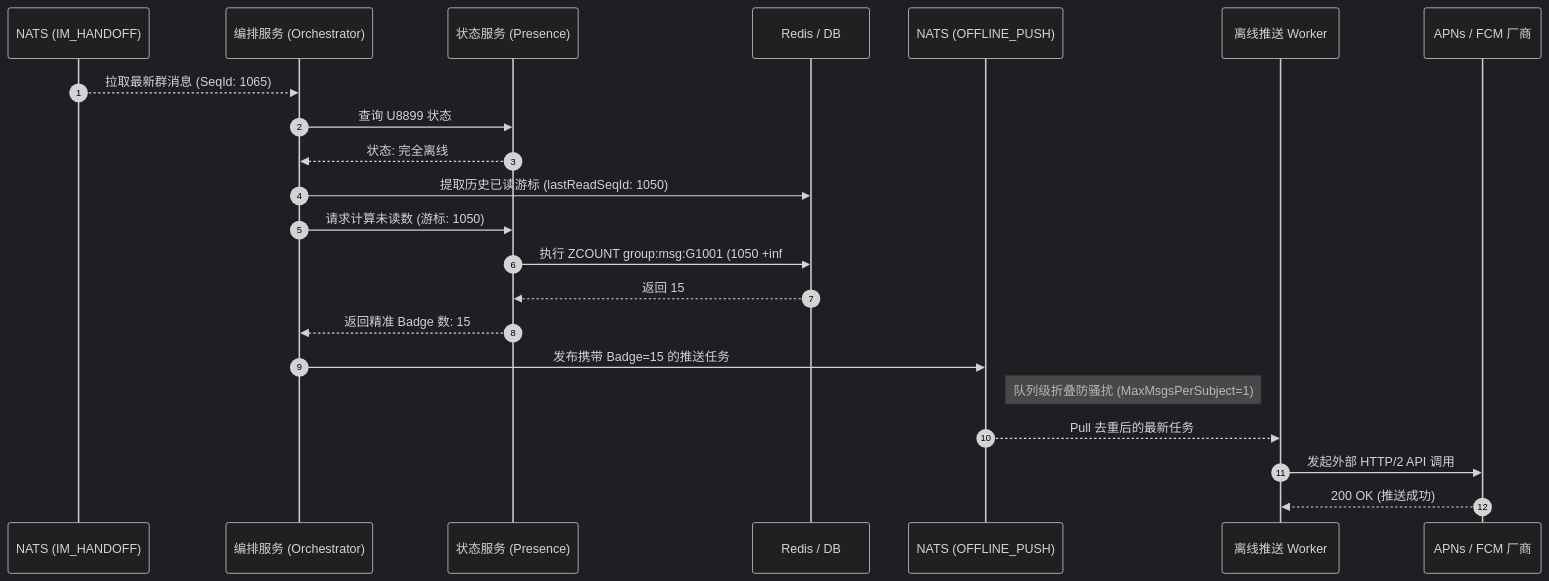
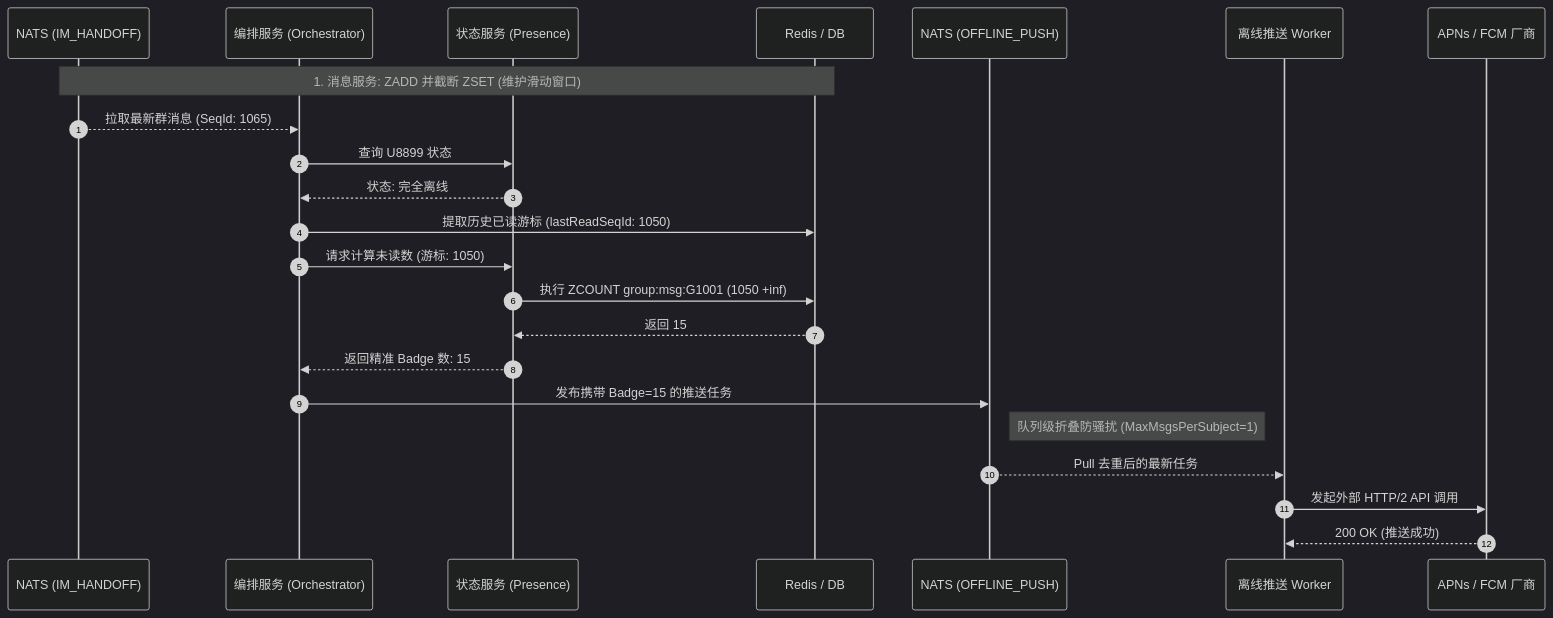
Before and after one commit to JamesWilson19970101/ocean.chat.docs: the diagram in i18n/zh-CN/docusaurus-plugin-content-docs/current/devdocs/Bussiness Logic/offline-push-badge-calculation.md, drawn with Mermaid (dark theme). The commit also changed other lines of this file and 72 other files, not shown here.

First line of the commit message:
ref(docs): reorganize devdocs and update architecture decision records

````diff
--- a/i18n/zh-CN/docusaurus-plugin-content-docs/current/devdocs/Bussiness Logic/offline-push-badge-calculation.md
+++ b/i18n/zh-CN/docusaurus-plugin-content-docs/current/devdocs/Bussiness Logic/offline-push-badge-calculation.md
@@ -101,27 +117,28 @@
 ```mermaid
 sequenceDiagram
     autonumber
     participant N_IM as NATS (IM_HANDOFF)
     participant Orch as 编排服务 (Orchestrator)
     participant Presence as 状态服务 (Presence)
     participant Redis as Redis / DB
     participant N_OP as NATS (OFFLINE_PUSH)
     participant Worker as 离线推送 Worker
     participant Vendor as APNs / FCM 厂商
 
+    note over N_IM, Redis: 1. 消息服务: ZADD 并截断 ZSET (维护滑动窗口)
     N_IM-->>Orch: 拉取最新群消息 (SeqId: 1065)
     Orch->>Presence: 查询 U8899 状态
     Presence-->>Orch: 状态: 完全离线
     Orch->>Redis: 提取历史已读游标 (lastReadSeqId: 1050)
     Orch->>Presence: 请求计算未读数 (游标: 1050)
-    Presence->>Redis: 执行 ZCOUNT group:msg:G1001 (1050 +inf
+    Presence->>Redis: 执行 ZCOUNT group:msg:G1001 (1050 +inf)
     Redis-->>Presence: 返回 15
     Presence-->>Orch: 返回精准 Badge 数: 15
 
     Orch->>N_OP: 发布携带 Badge=15 的推送任务
     note right of N_OP: 队列级折叠防骚扰 (MaxMsgsPerSubject=1)
 
     N_OP-->>Worker: Pull 去重后的最新任务
     Worker->>Vendor: 发起外部 HTTP/2 API 调用
     Vendor-->>Worker: 200 OK (推送成功)
 ```
````
